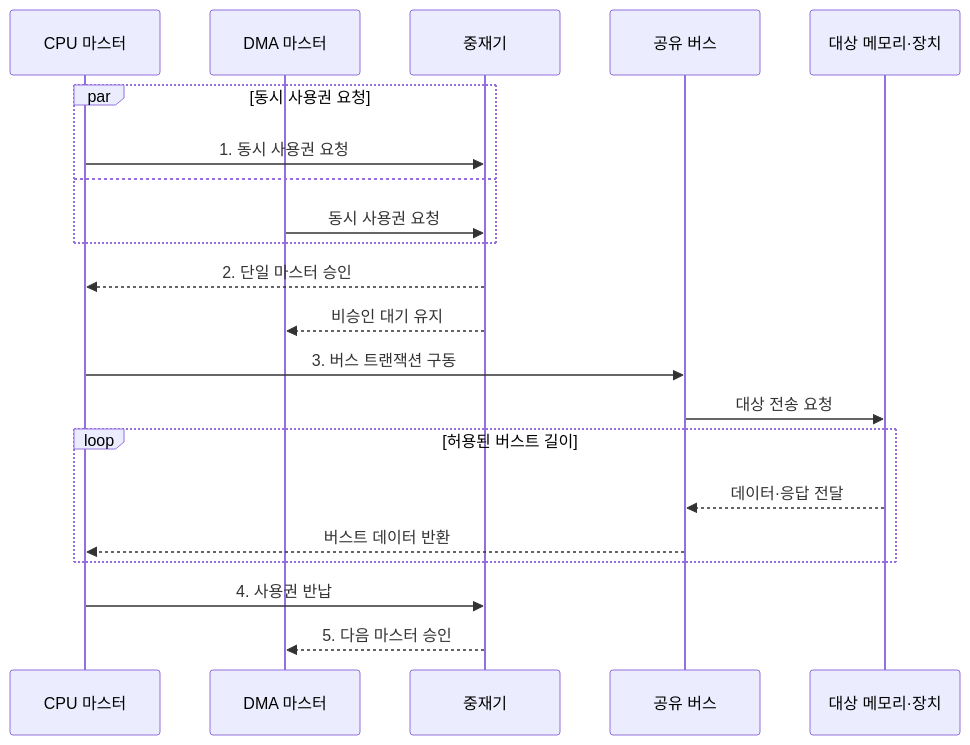
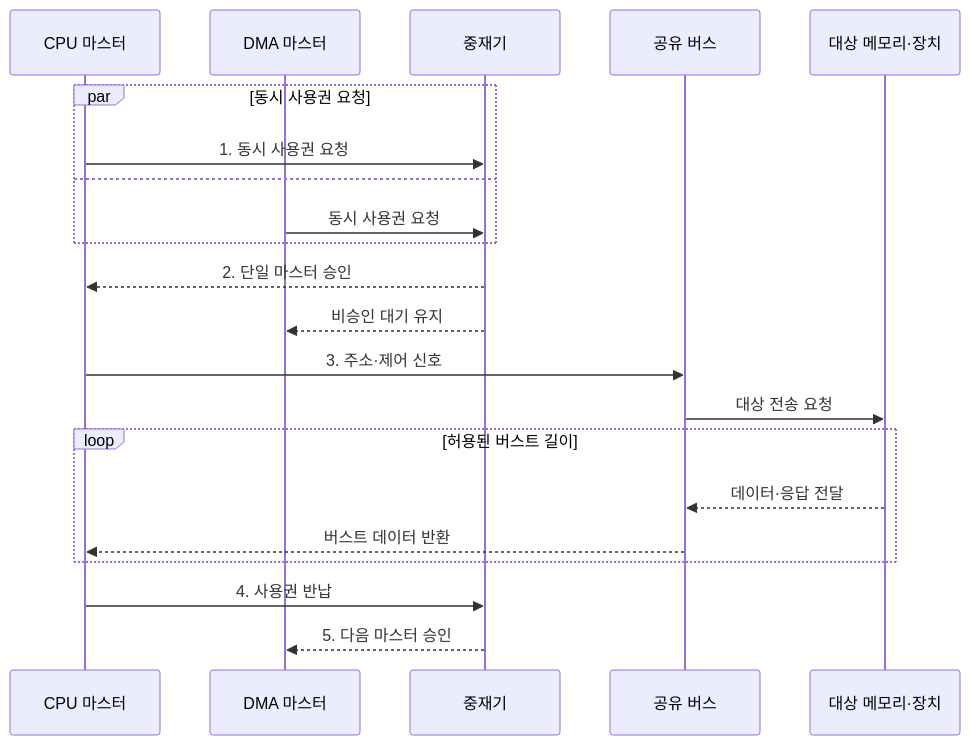
One commit to agnusdei1207/knowledge-base changed the second of 2 diagrams in src/content/docs/notes/02-hardware/036_bus_arbitration.md. Above: the diagram before and after it, drawn with Mermaid. The commit also changed other lines of this file and 20 other files, not shown here.

````diff
--- a/src/content/docs/notes/02-hardware/036_bus_arbitration.md
+++ b/src/content/docs/notes/02-hardware/036_bus_arbitration.md
@@ -82,23 +84,23 @@
 ```mermaid
 sequenceDiagram
     participant C as CPU 마스터
     participant D as DMA 마스터
     participant A as 중재기
     participant B as 공유 버스
     participant T as 대상 메모리·장치
     par 동시 사용권 요청
         C->>A: 1. 동시 사용권 요청
     and
         D->>A: 동시 사용권 요청
     end
     A-->>C: 2. 단일 마스터 승인
     A-->>D: 비승인 대기 유지
-    C->>B: 3. 버스 트랜잭션 구동
+    C->>B: 3. 주소·제어 신호
     B->>T: 대상 전송 요청
     loop 허용된 버스트 길이
         T-->>B: 데이터·응답 전달
         B-->>C: 버스트 데이터 반환
     end
     C->>A: 4. 사용권 반납
     A-->>D: 5. 다음 마스터 승인
 ```
````
